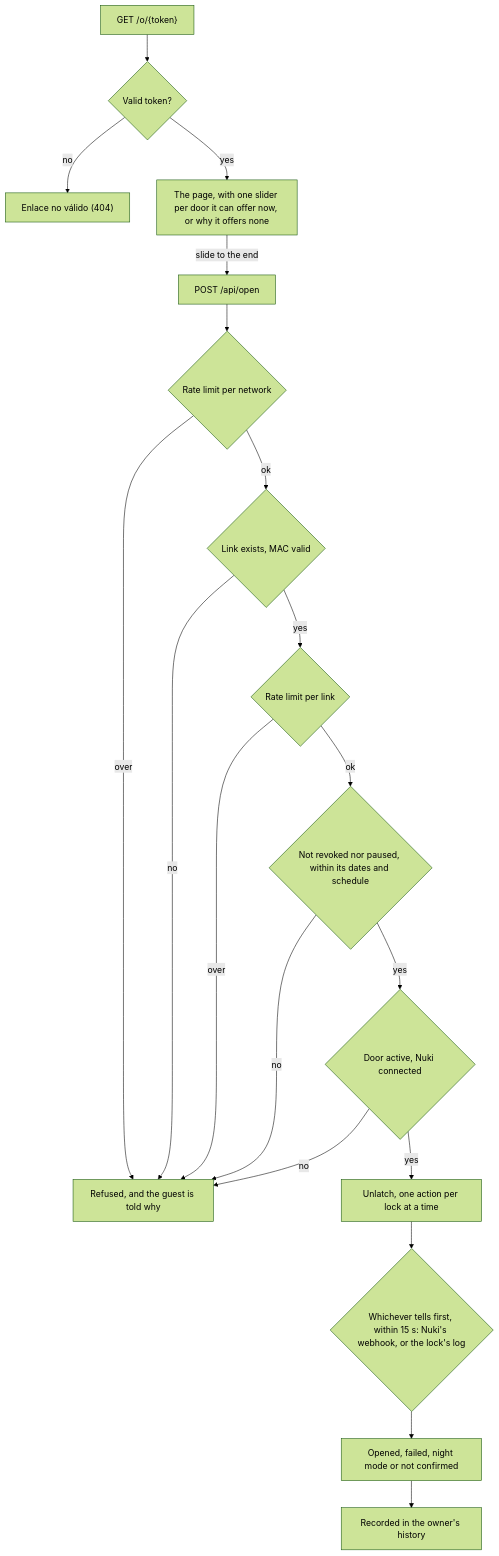
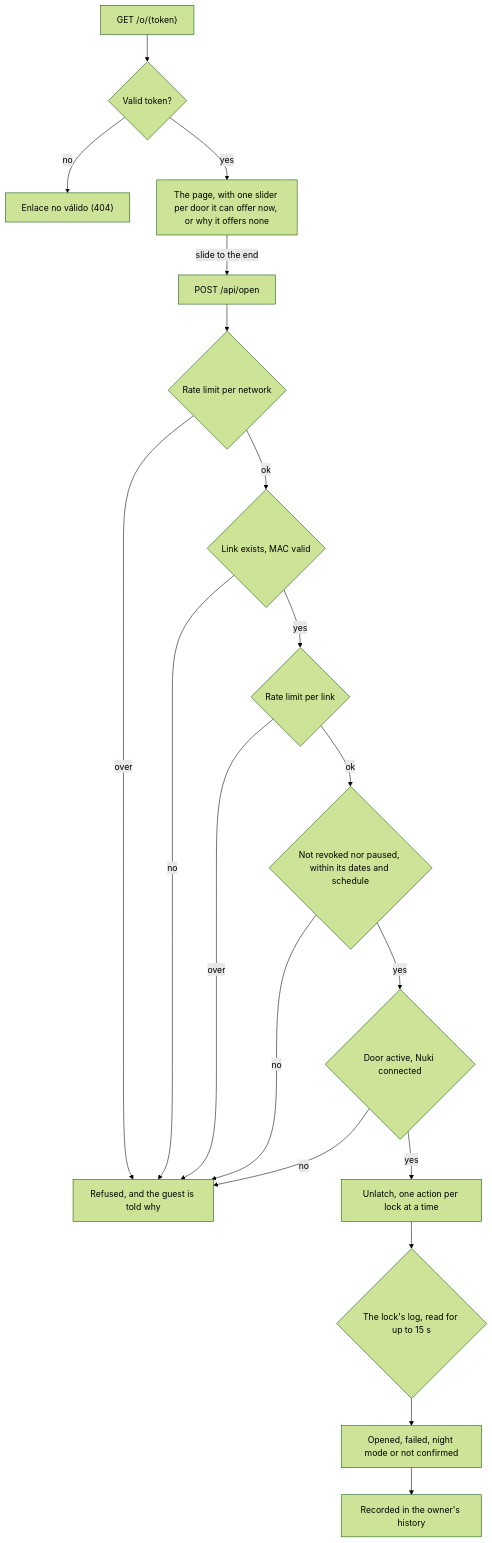
Before and after one commit to jfisbein/welcome-home: the diagram in docs/features.md, drawn with Mermaid (forest theme). The commit also changed other lines of this file and 30 other files, not shown here.

First line of the commit message:
Unlatch one way, and ask Nuki for no more than that takes

````diff
--- a/docs/features.md
+++ b/docs/features.md
@@ -152,21 +147,21 @@
 ```mermaid
 flowchart TD
     get["GET /o/{token}"] --> valid{"Valid token?"}
     valid -- no --> invalid["Enlace no válido (404)"]
     valid -- yes --> page["The page, with one slider per door it can offer now, or why it offers none"]
     page -- "slide to the end" --> post["POST /api/open"]
     post --> ip{"Rate limit per network"}
     ip -- over --> refused["Refused, and the guest is told why"]
     ip -- ok --> link{"Link exists, MAC valid"}
     link -- no --> refused
     link -- yes --> perlink{"Rate limit per link"}
     perlink -- over --> refused
     perlink -- ok --> dates{"Not revoked nor paused, within its dates and schedule"}
     dates -- no --> refused
     dates -- yes --> door{"Door active, Nuki connected"}
     door -- no --> refused
     door -- yes --> unlatch["Unlatch, one action per lock at a time"]
-    unlatch --> confirm{"Whichever tells first, within 15 s: Nuki's webhook, or the lock's log"}
+    unlatch --> confirm{"The lock's log, read for up to 15 s"}
     confirm --> result["Opened, failed, night mode or not confirmed"]
     result --> event["Recorded in the owner's history"]
 ```
````
